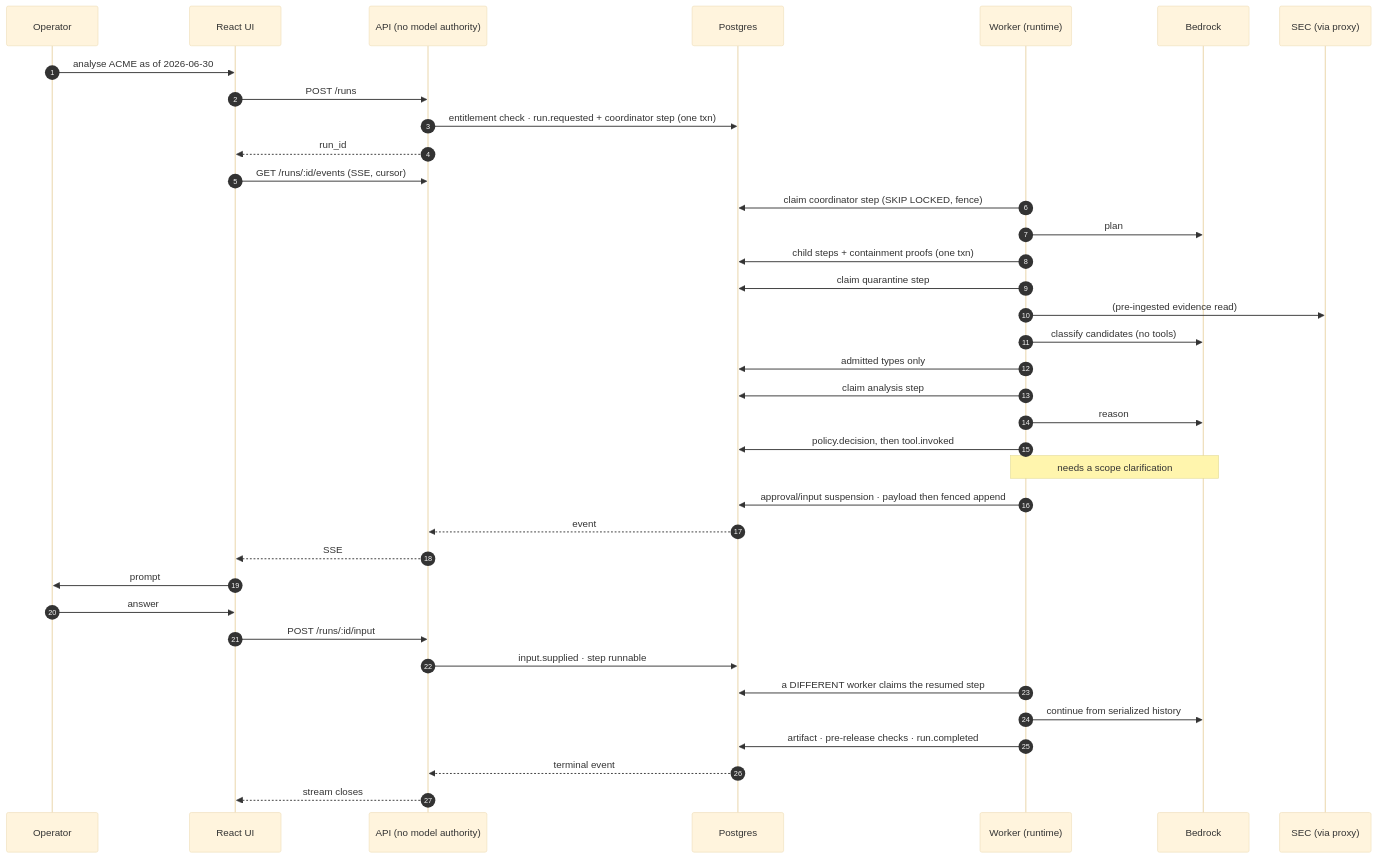
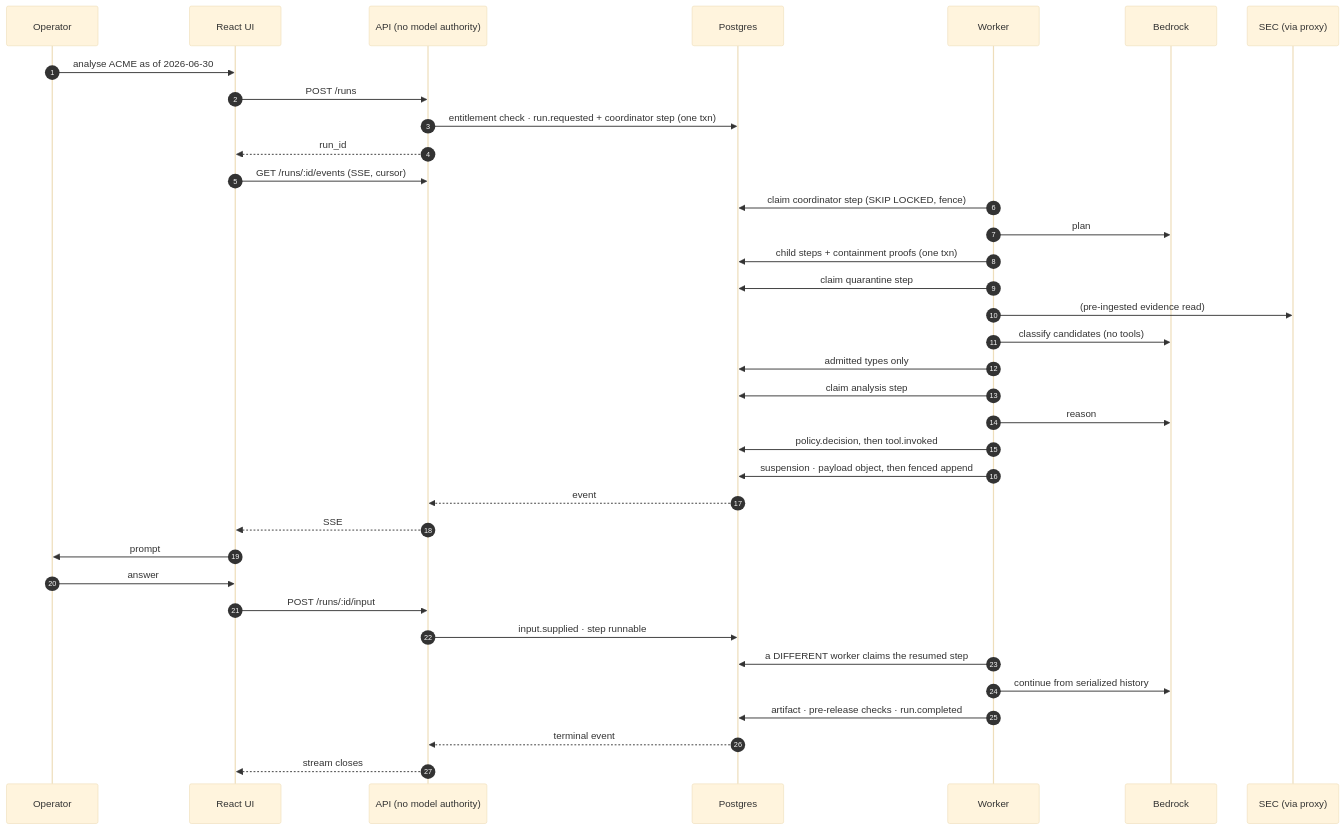
The fourth of 5 diagrams in docs/architecture/pydantic-ai-worker-runtime/worker-runtime.md (eugenelim/company-intelligence-desk), drawn with Mermaid (base theme) before and after one commit. The commit also changed other lines of this file and 10 other files, not shown here.

First line of the commit message:
docs(architecture): restructure both architecture docs model-first

````diff
--- a/docs/architecture/pydantic-ai-worker-runtime/worker-runtime.md
+++ b/docs/architecture/pydantic-ai-worker-runtime/worker-runtime.md
@@ -595,44 +451,45 @@
 ```mermaid
 sequenceDiagram
+%% Question: where does durable state change on a successful run, and who holds the lease at each point?
+%% Zoom: component
     autonumber
     participant U as Operator
     participant UI as React UI
     participant API as API (no model authority)
     participant PG as Postgres
-    participant W as Worker (runtime)
+    participant W as Worker
     participant BR as Bedrock
     participant SEC as SEC (via proxy)
 
     U->>UI: analyse ACME as of 2026-06-30
     UI->>API: POST /runs
     API->>PG: entitlement check · run.requested + coordinator step (one txn)
     API-->>UI: run_id
     UI->>API: GET /runs/:id/events (SSE, cursor)
 
     W->>PG: claim coordinator step (SKIP LOCKED, fence)
     W->>BR: plan
     W->>PG: child steps + containment proofs (one txn)
 
     W->>PG: claim quarantine step
     W->>SEC: (pre-ingested evidence read)
     W->>BR: classify candidates (no tools)
     W->>PG: admitted types only
 
     W->>PG: claim analysis step
     W->>BR: reason
     W->>PG: policy.decision, then tool.invoked
-    Note over W,BR: needs a scope clarification
-    W->>PG: approval/input suspension · payload then fenced append
+    W->>PG: suspension · payload object, then fenced append
     PG-->>API: event
     API-->>UI: SSE
     UI->>U: prompt
     U->>UI: answer
     UI->>API: POST /runs/:id/input
     API->>PG: input.supplied · step runnable
 
     W->>PG: a DIFFERENT worker claims the resumed step
     W->>BR: continue from serialized history
     W->>PG: artifact · pre-release checks · run.completed
     PG-->>API: terminal event
     API-->>UI: stream closes
 ```
````
